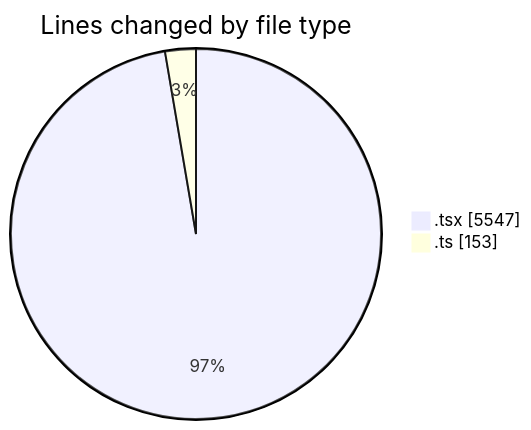
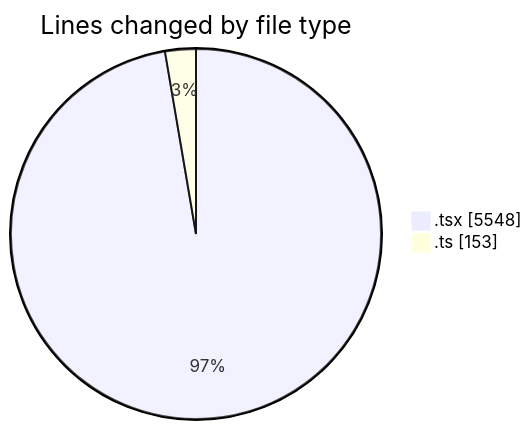
The first of 2 diagrams in 2026-03-27/nxtqube_webapp/README.md (nxtqubesakshisongat/code-tracking), drawn with Mermaid before and after one commit. The commit also changed other lines of this file and 1 other file, not shown here.

````diff
--- a/2026-03-27/nxtqube_webapp/README.md
+++ b/2026-03-27/nxtqube_webapp/README.md
@@ -25,6 +25,6 @@
 ```mermaid
 pie showData
 title Lines changed by file type
-".tsx" : 5547
+".tsx" : 5548
 ".ts" : 153
 ```
````
